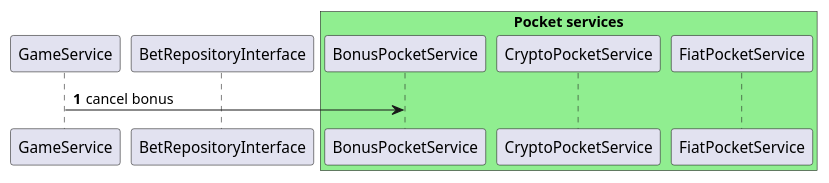
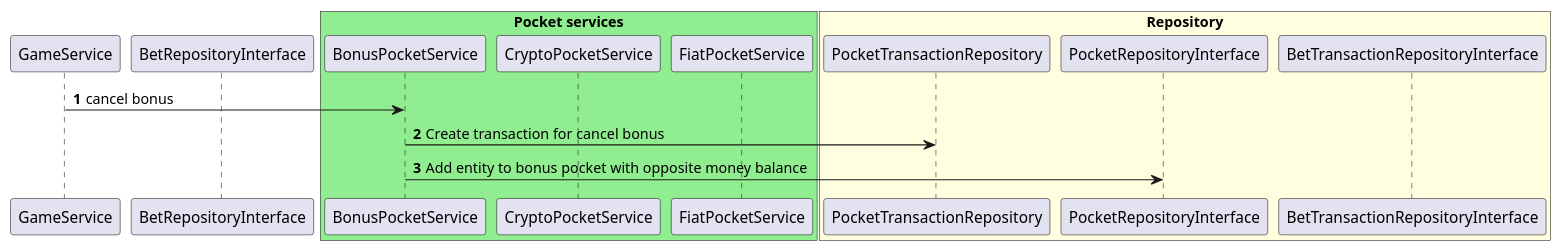
Before and after one commit to SukachVitally/test_game_pocket: the diagram in docs/CancelBonusSequenceDiagram.puml, drawn with PlantUML. The commit also changed 1 other file, not shown here.

```diff
--- a/docs/CancelBonusSequenceDiagram.puml
+++ b/docs/CancelBonusSequenceDiagram.puml
@@ -1,15 +1,23 @@
 @startuml
 'https://plantuml.com/sequence-diagram
 
 autonumber
 participant GameService as gs
 participant BetRepositoryInterface
 box "Pocket services" #LightGreen
     participant BonusPocketService
     participant CryptoPocketService
     participant FiatPocketService
 end box
 
+box "Repository" #LightYellow
+    participant PocketTransactionRepository
+    participant PocketRepositoryInterface
+    participant BetTransactionRepositoryInterface
+end box
+
 gs -> BonusPocketService: cancel bonus
+BonusPocketService -> PocketTransactionRepository: Create transaction for cancel bonus
+BonusPocketService -> PocketRepositoryInterface: Add entity to bonus pocket with opposite money balance
 
 @enduml
```
